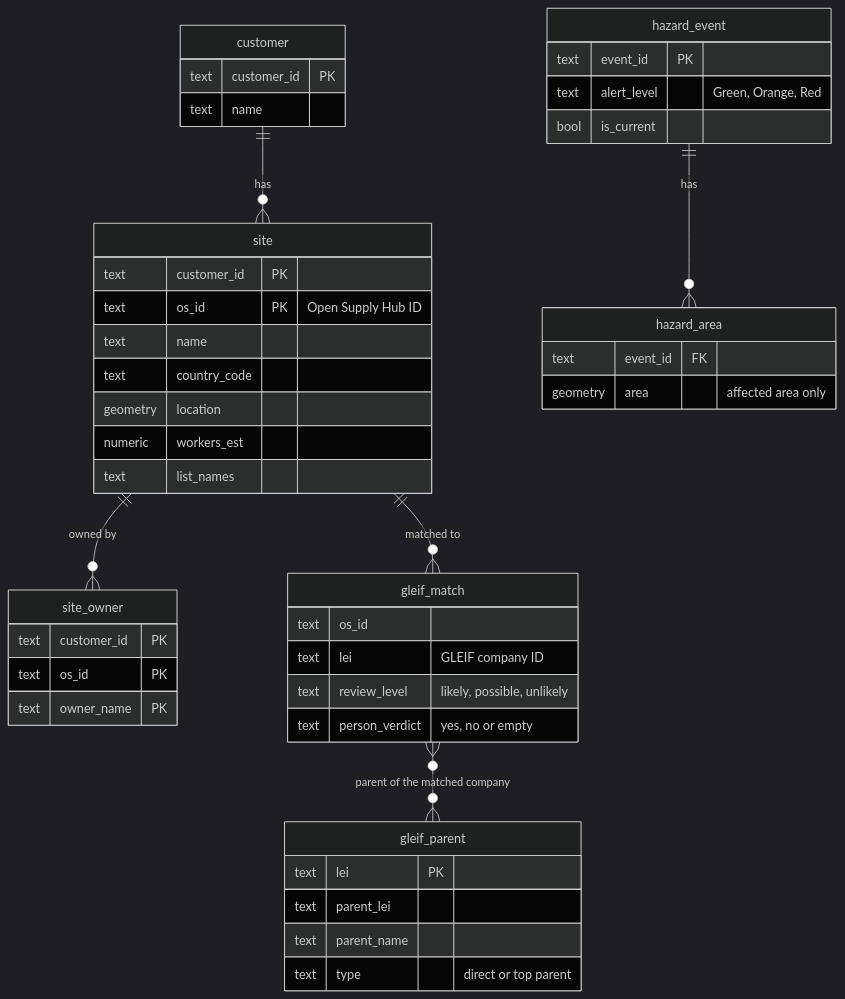
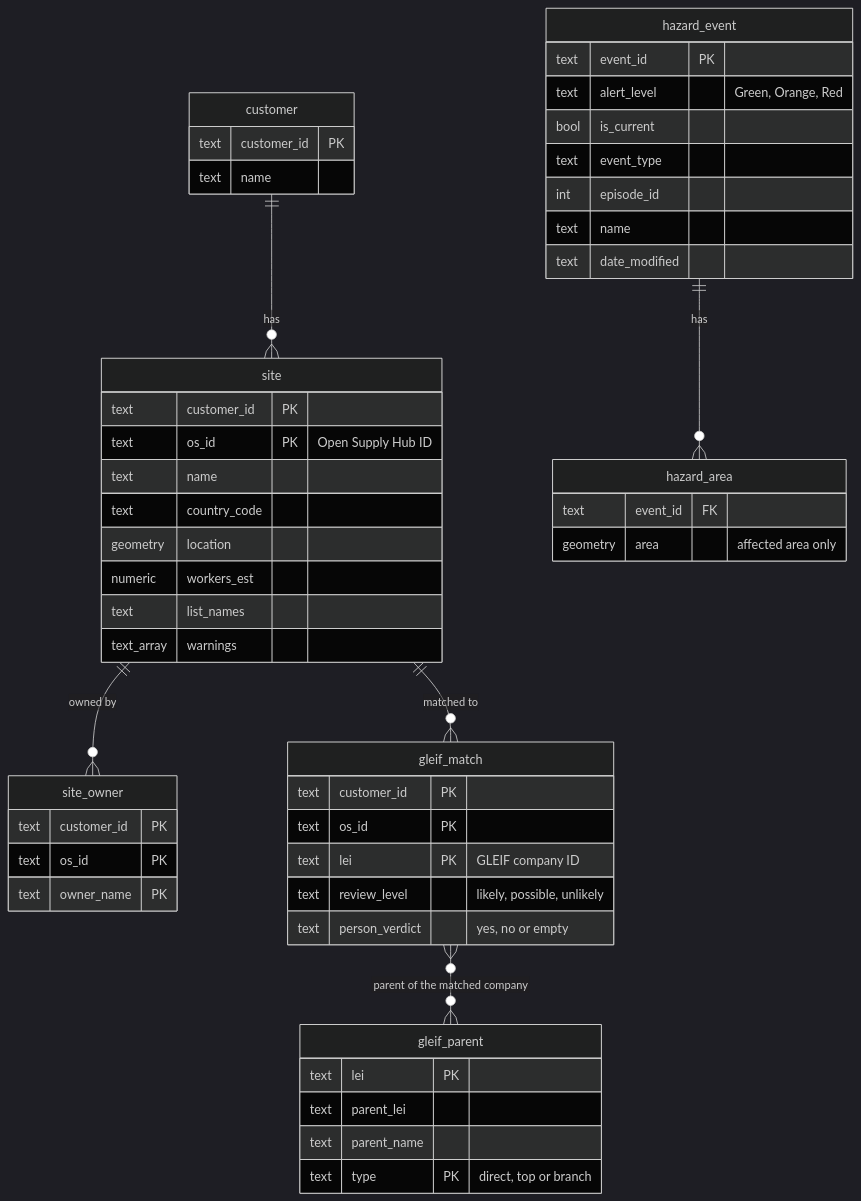
The second of 4 diagrams in docs/architecture/ARCHITECTURE.md (abhifourkites/geo-risk.ai), drawn with Mermaid (dark theme) before and after one commit. The commit also changed other lines of this file and 3 other files, not shown here.

````diff
--- a/docs/architecture/ARCHITECTURE.md
+++ b/docs/architecture/ARCHITECTURE.md
@@ -54,48 +54,54 @@
 ```mermaid
 erDiagram
   customer ||--o{ site : "has"
   site ||--o{ site_owner : "owned by"
   site ||--o{ gleif_match : "matched to"
   gleif_match }o--o{ gleif_parent : "parent of the matched company"
   hazard_event ||--o{ hazard_area : "has"
 
   customer {
     text customer_id PK
     text name
   }
   site {
     text customer_id PK
     text os_id PK "Open Supply Hub ID"
     text name
     text country_code
     geometry location
     numeric workers_est
     text list_names
+    text_array warnings
   }
   site_owner {
     text customer_id PK
     text os_id PK
     text owner_name PK
   }
   gleif_match {
-    text os_id
-    text lei "GLEIF company ID"
+    text customer_id PK
+    text os_id PK
+    text lei PK "GLEIF company ID"
     text review_level "likely, possible, unlikely"
     text person_verdict "yes, no or empty"
   }
   gleif_parent {
     text lei PK
     text parent_lei
     text parent_name
-    text type "direct or top parent"
+    text type PK "direct, top or branch"
   }
   hazard_event {
     text event_id PK
     text alert_level "Green, Orange, Red"
     bool is_current
+    text event_type
+    int episode_id
+    text name
+    text date_modified
   }
   hazard_area {
     text event_id FK
     geometry area "affected area only"
   }
 ```
````
